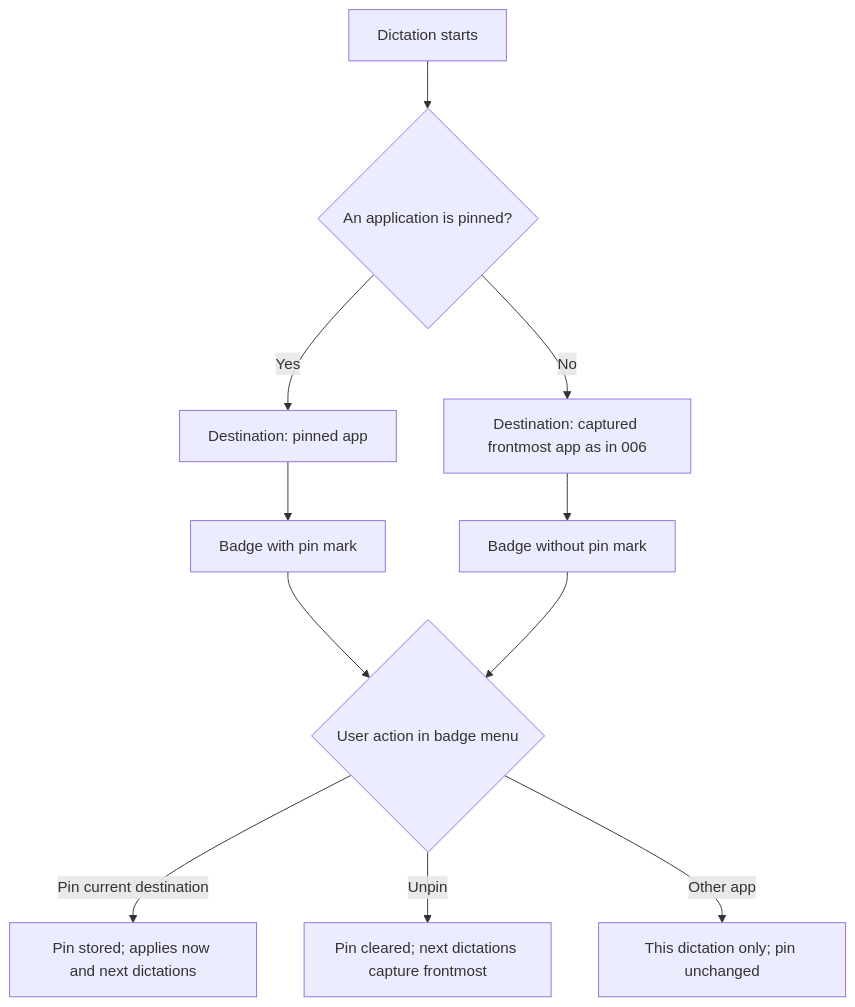
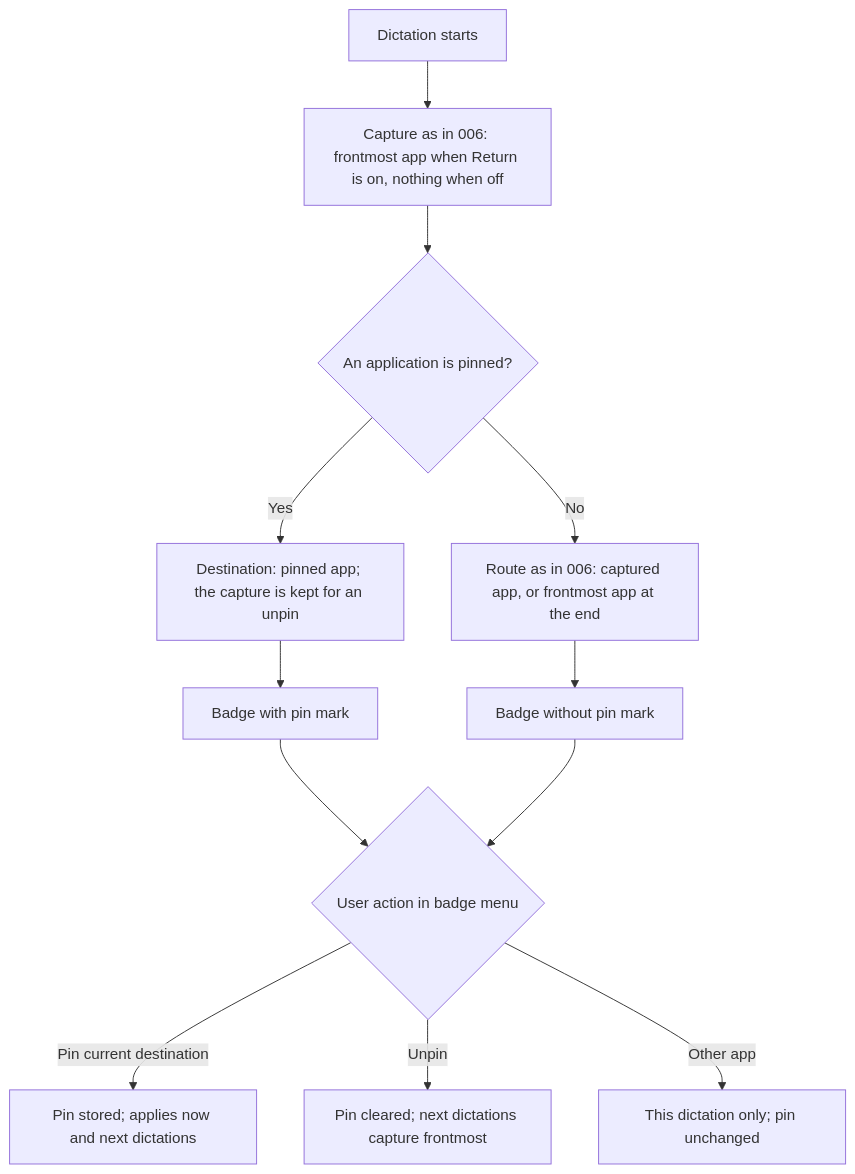
Before and after one commit to julien-m/handy: the first of 5 diagrams in .specs/features/009-pin-mode-and-enter-rule/spec.md, drawn with Mermaid. The commit also changed other lines of this file and 2 other files, not shown here.

````diff
--- a/.specs/features/009-pin-mode-and-enter-rule/spec.md
+++ b/.specs/features/009-pin-mode-and-enter-rule/spec.md
@@ -49,13 +49,14 @@
 ```mermaid
 flowchart TD
-  A[Dictation starts] --> B{An application is pinned?}
-  B -- Yes --> C[Destination: pinned app]
-  B -- No --> D[Destination: captured frontmost app as in 006]
+  A[Dictation starts] --> K[Capture as in 006: frontmost app when Return is on, nothing when off]
+  K --> B{An application is pinned?}
+  B -- Yes --> C[Destination: pinned app; the capture is kept for an unpin]
+  B -- No --> D[Route as in 006: captured app, or frontmost app at the end]
   C --> E[Badge with pin mark]
   D --> F[Badge without pin mark]
   E --> G{User action in badge menu}
   F --> G
   G -- Pin current destination --> H[Pin stored; applies now and next dictations]
   G -- Unpin --> I[Pin cleared; next dictations capture frontmost]
   G -- Other app --> J[This dictation only; pin unchanged]
 ```
````
